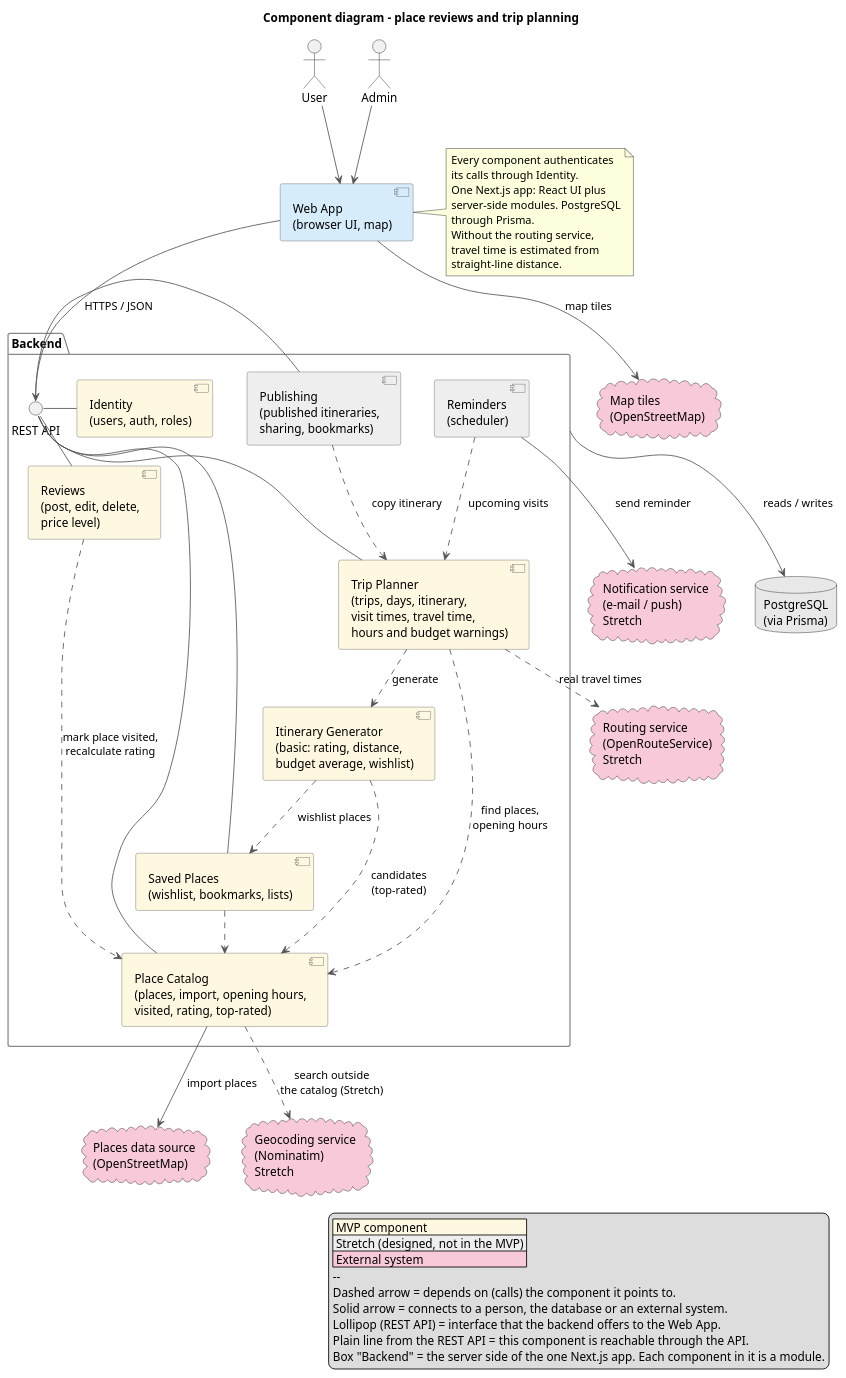
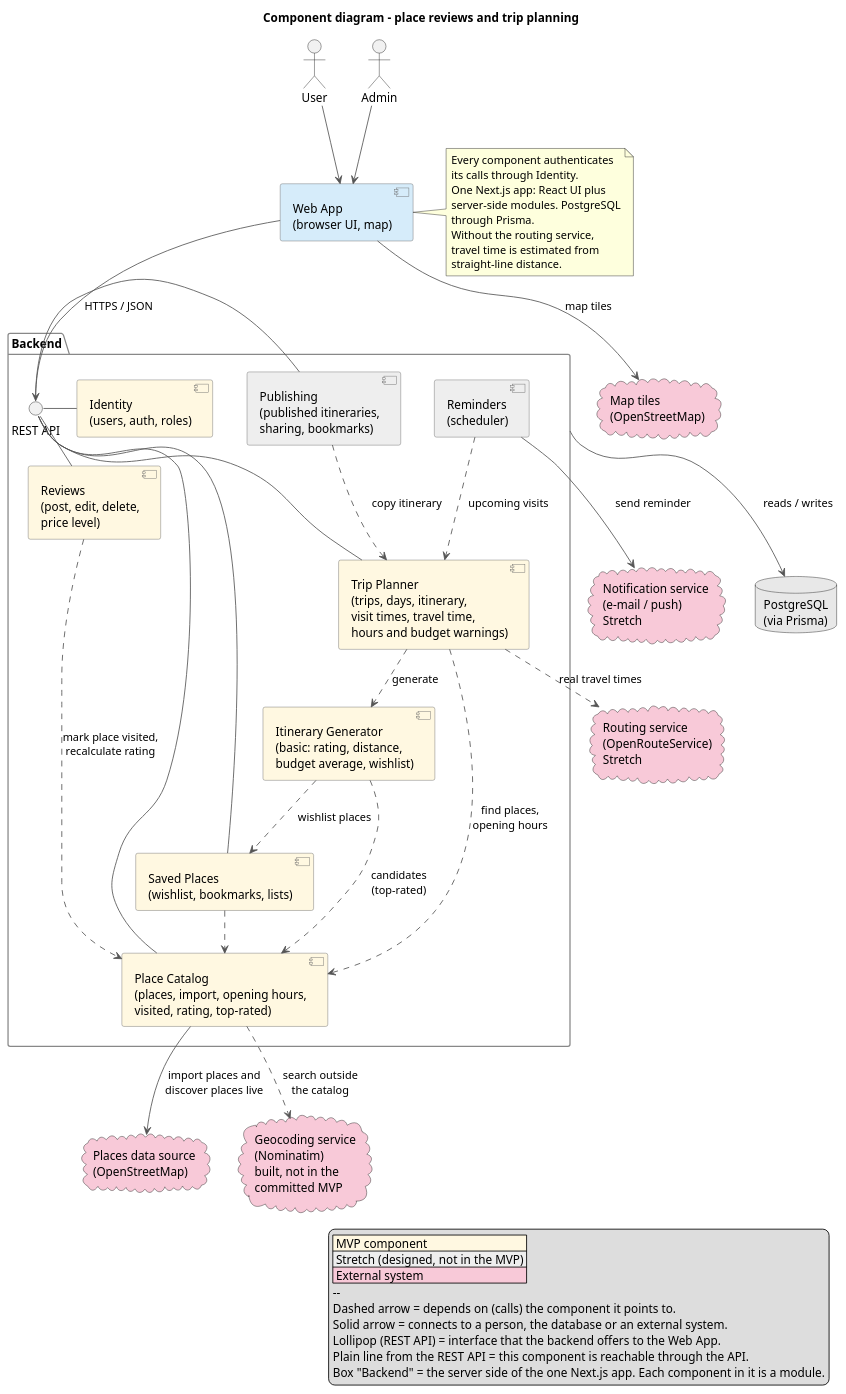
The diagram in docs/design/component-diagram.puml (MESW-LES-2627/les-project-group-7), drawn with PlantUML before and after one commit. The commit also changed 2 other files, not shown here.

Commit message:
Update the component diagram for live discovery and the built geocoding search
The arrow to the places data source now says import and live discovery, and the Nominatim box says it is built but outside the committed MVP (ADR-002 and ADR-004). The matching lines in design.md are updated and the PNG is regenerated from the .puml.

```diff
--- a/docs/design/component-diagram.puml
+++ b/docs/design/component-diagram.puml
@@ -1,92 +1,92 @@
 @startuml component-diagram
 title Component diagram – place reviews and trip planning
 skinparam shadowing false
 skinparam componentStyle uml2
 skinparam nodesep 40
 skinparam ranksep 50
 skinparam ArrowColor #555555
 skinparam component {
   BackgroundColor #FFF8E1
   BorderColor #666666
 }
 skinparam package {
   BorderColor #888888
 }
 
 legend right
   |<#FFF8E1> MVP component |
   |<#EEEEEE> Stretch (designed, not in the MVP) |
   |<#F8C9D8> External system |
   --
   Dashed arrow = depends on (calls) the component it points to.
   Solid arrow = connects to a person, the database or an external system.
   Lollipop (REST API) = interface that the backend offers to the Web App.
   Plain line from the REST API = this component is reachable through the API.
   Box "Backend" = the server side of the one Next.js app. Each component in it is a module.
 endlegend
 
 actor "User" as user
 actor "Admin" as admin
 
 component "Web App\n(browser UI, map)" as web #D6ECFA
 
 package "Backend" as backend {
   interface "REST API" as api
 
   component "Identity\n(users, auth, roles)" as identity
   component "Place Catalog\n(places, import, opening hours,\nvisited, rating, top-rated)" as catalog
   component "Reviews\n(post, edit, delete,\nprice level)" as reviews
   component "Saved Places\n(wishlist, bookmarks, lists)" as saved
   component "Trip Planner\n(trips, days, itinerary,\nvisit times, travel time,\nhours and budget warnings)" as planner
   component "Itinerary Generator\n(basic: rating, distance,\nbudget average, wishlist)" as generator
   component "Publishing\n(published itineraries,\nsharing, bookmarks)" as publishing #EEEEEE
   component "Reminders\n(scheduler)" as reminders #EEEEEE
 }
 
 database "PostgreSQL\n(via Prisma)" as db #E8E8E8
 
 cloud "Places data source\n(OpenStreetMap)" as places #F8C9D8
 cloud "Map tiles\n(OpenStreetMap)" as tiles #F8C9D8
 cloud "Routing service\n(OpenRouteService)\nStretch" as routing #F8C9D8
-cloud "Geocoding service\n(Nominatim)\nStretch" as geocoding #F8C9D8
+cloud "Geocoding service\n(Nominatim)\nbuilt, not in the\ncommitted MVP" as geocoding #F8C9D8
 cloud "Notification service\n(e-mail / push)\nStretch" as notif #F8C9D8
 
 user --> web
 admin --> web
 web --> api : HTTPS / JSON
 web --> tiles : map tiles
 api - identity
 api - catalog
 api - reviews
 api - saved
 api - planner
 api - publishing
 
 reviews ..> catalog : mark place visited,\nrecalculate rating
 saved ..> catalog
 planner ..> catalog : find places,\nopening hours
 planner ..> generator : generate
 generator ..> catalog : candidates\n(top-rated)
 generator ..> saved : wishlist places
 publishing ..> planner : copy itinerary
 reminders ..> planner : upcoming visits
 
-catalog --> places : import places
-catalog ..> geocoding : search outside\nthe catalog (Stretch)
+catalog --> places : import places and\ndiscover places live
+catalog ..> geocoding : search outside\nthe catalog
 planner ..> routing : real travel times
 reminders --> notif : send reminder
 
 
 backend --> db : reads / writes
 
 note right of web
   Every component authenticates
   its calls through Identity.
   One Next.js app: React UI plus
   server-side modules. PostgreSQL
   through Prisma.
   Without the routing service,
   travel time is estimated from
   straight-line distance.
 end note
 @enduml
```
